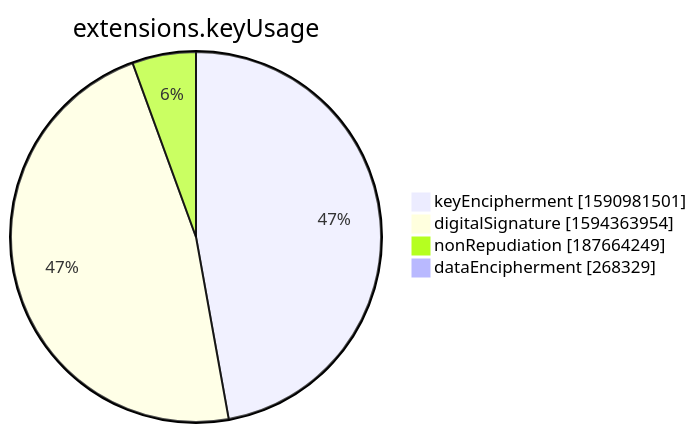
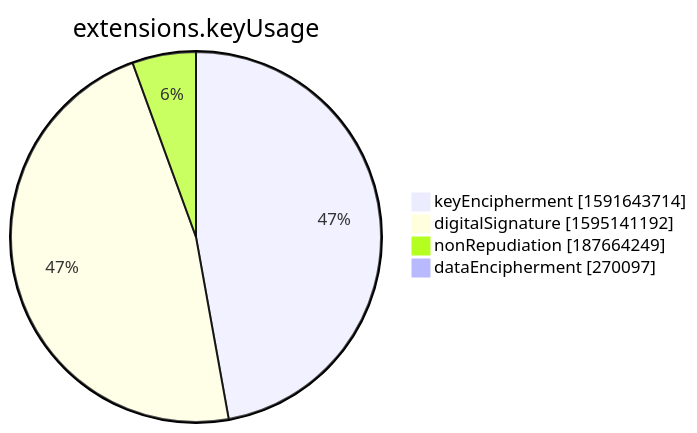
Before and after one commit to christiankrug/ctmonitor_visualization: the seventh of 15 diagrams in xenon2022/README.md, drawn with Mermaid. The commit also changed other lines of this file, not shown here.

````diff
--- a/xenon2022/README.md
+++ b/xenon2022/README.md
@@ -2854,8 +2854,8 @@
 ```mermaid
 pie showData
 title extensions.keyUsage
-"keyEncipherment" :1590981501
-"digitalSignature" :1594363954
+"keyEncipherment" :1591643714
+"digitalSignature" :1595141192
 "nonRepudiation" :187664249
-"dataEncipherment" :268329
+"dataEncipherment" :270097
 ```
````
